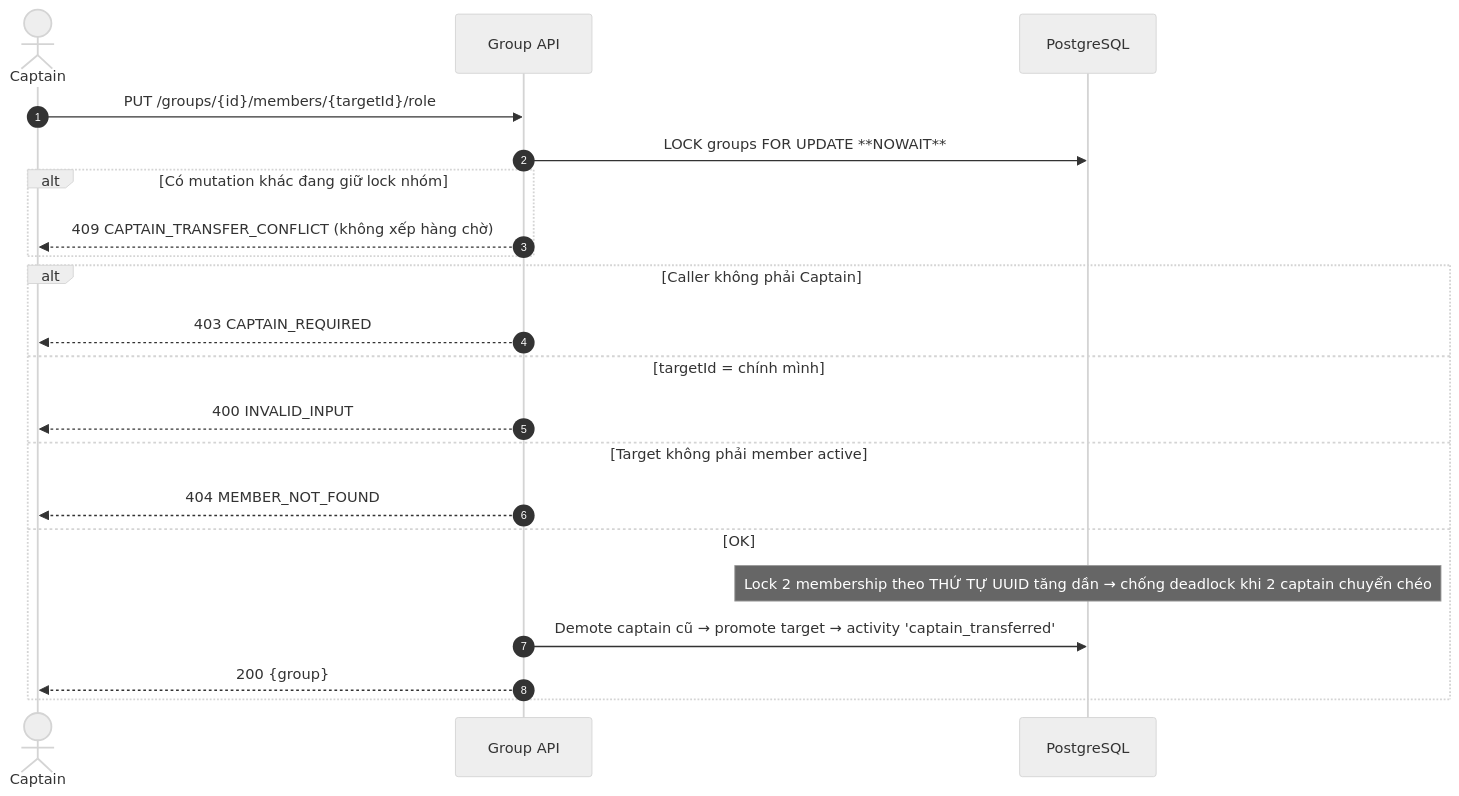
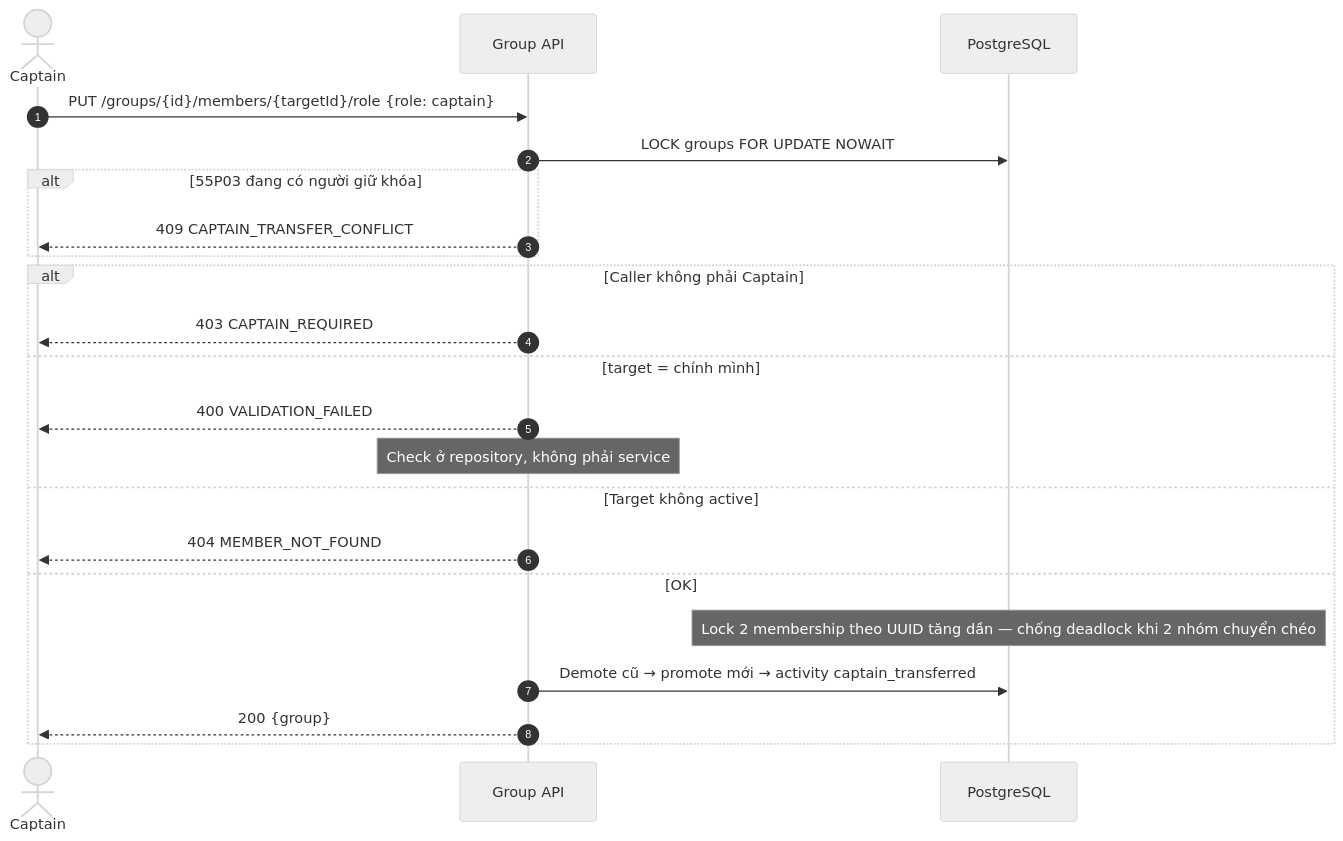
Before and after one commit to FintechVSF-Tranning/PaySplit-RP: the fourth of 7 diagrams in flow/02-group.md, drawn with Mermaid (neutral theme). The commit also changed other lines of this file and 8 other files, not shown here.

````diff
--- a/flow/02-group.md
+++ b/flow/02-group.md
@@ -175,24 +212,25 @@
 ```mermaid
 sequenceDiagram
     autonumber
     actor C as Captain
     participant BE as Group API
     participant DB as PostgreSQL
 
-    C->>BE: PUT /groups/{id}/members/{targetId}/role
-    BE->>DB: LOCK groups FOR UPDATE **NOWAIT**
-    alt Có mutation khác đang giữ lock nhóm
-        BE-->>C: 409 CAPTAIN_TRANSFER_CONFLICT (không xếp hàng chờ)
+    C->>BE: PUT /groups/{id}/members/{targetId}/role {role: captain}
+    BE->>DB: LOCK groups FOR UPDATE NOWAIT
+    alt 55P03 đang có người giữ khóa
+        BE-->>C: 409 CAPTAIN_TRANSFER_CONFLICT
     end
     alt Caller không phải Captain
         BE-->>C: 403 CAPTAIN_REQUIRED
-    else targetId = chính mình
-        BE-->>C: 400 INVALID_INPUT
-    else Target không phải member active
+    else target = chính mình
+        BE-->>C: 400 VALIDATION_FAILED
+        Note over BE: Check ở repository, không phải service
+    else Target không active
         BE-->>C: 404 MEMBER_NOT_FOUND
     else OK
-        Note over DB: Lock 2 membership theo THỨ TỰ UUID tăng dần → chống deadlock khi 2 captain chuyển chéo
-        BE->>DB: Demote captain cũ → promote target → activity 'captain_transferred'
+        Note over DB: Lock 2 membership theo UUID tăng dần — chống deadlock khi 2 nhóm chuyển chéo
+        BE->>DB: Demote cũ → promote mới → activity captain_transferred
         BE-->>C: 200 {group}
     end
 ```
````
